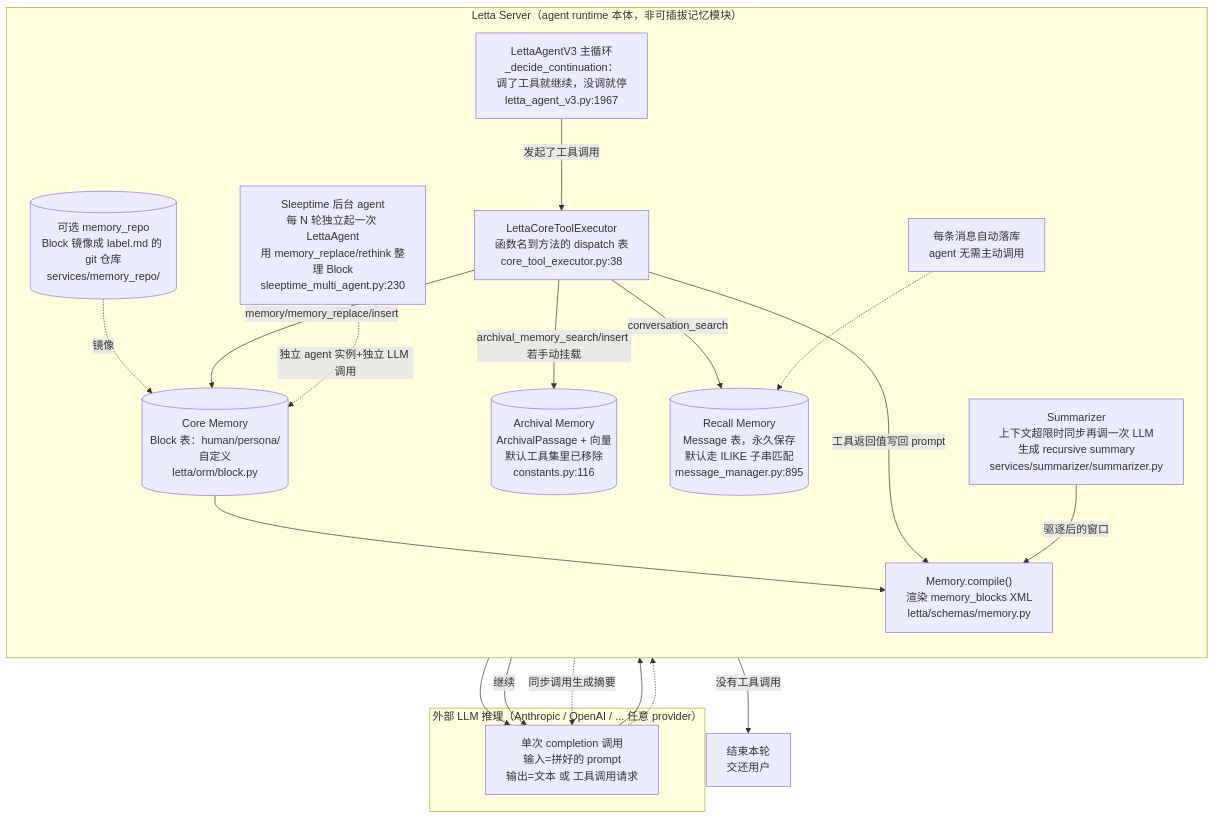
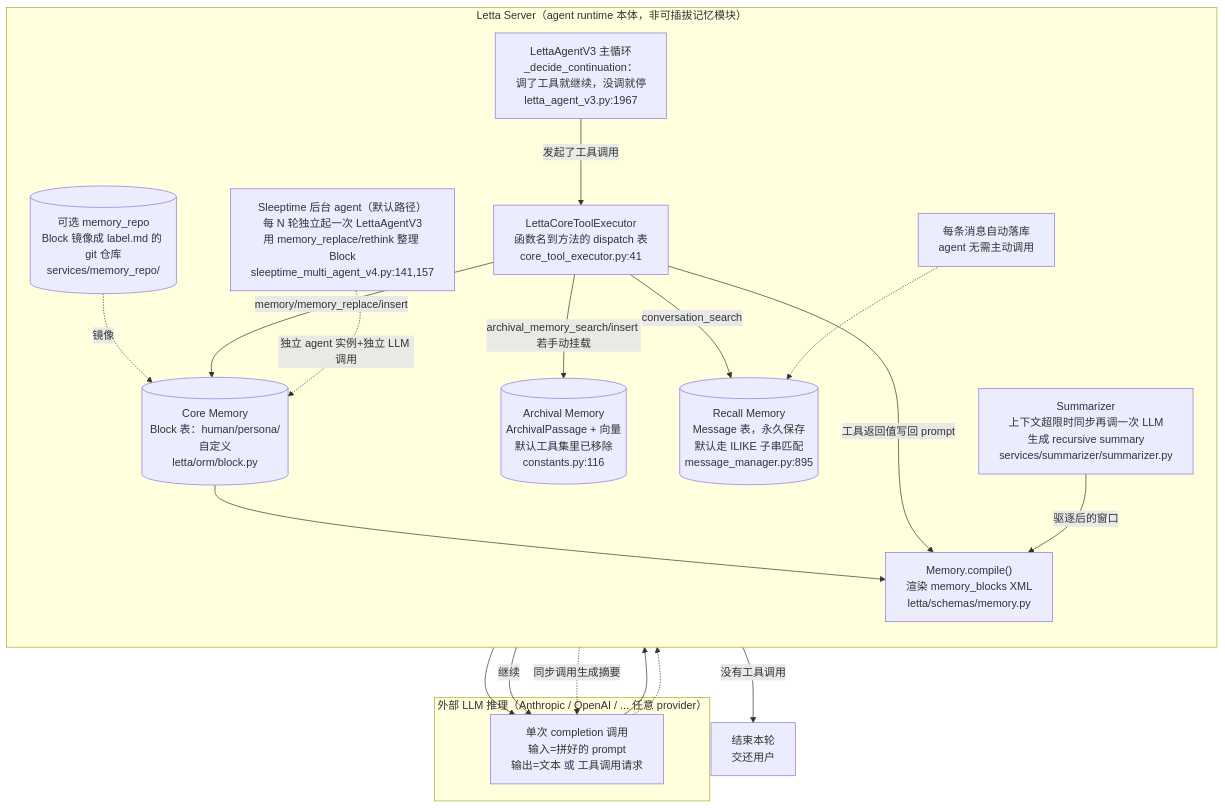
Before and after one commit to wafo210715/memory-bench: the diagram in servers/letta/code-architecture.md, drawn with Mermaid. The commit also changed other lines of this file and 25 other files, not shown here.

````diff
--- a/servers/letta/code-architecture.md
+++ b/servers/letta/code-architecture.md
@@ -180,36 +220,36 @@
 ```mermaid
 flowchart TB
     subgraph Backbone["外部 LLM 推理（Anthropic / OpenAI / ... 任意 provider）"]
         LLMCall["单次 completion 调用<br/>输入=拼好的 prompt<br/>输出=文本 或 工具调用请求"]
     end
 
     subgraph Letta["Letta Server（agent runtime 本体，非可插拔记忆模块）"]
         direction TB
         Compile["Memory.compile()<br/>渲染 memory_blocks XML<br/>letta/schemas/memory.py"]
         Loop["LettaAgentV3 主循环<br/>_decide_continuation：<br/>调了工具就继续，没调就停<br/>letta_agent_v3.py:1967"]
-        Exec["LettaCoreToolExecutor<br/>函数名到方法的 dispatch 表<br/>core_tool_executor.py:38"]
+        Exec["LettaCoreToolExecutor<br/>函数名到方法的 dispatch 表<br/>core_tool_executor.py:41"]
         Blocks[("Core Memory<br/>Block 表：human/persona/自定义<br/>letta/orm/block.py")]
         MemRepo[("可选 memory_repo<br/>Block 镜像成 label.md 的 git 仓库<br/>services/memory_repo/")]
         Passages[("Archival Memory<br/>ArchivalPassage + 向量<br/>默认工具集里已移除<br/>constants.py:116")]
         Messages[("Recall Memory<br/>Message 表，永久保存<br/>默认走 ILIKE 子串匹配<br/>message_manager.py:895")]
         Summarizer["Summarizer<br/>上下文超限时同步再调一次 LLM<br/>生成 recursive summary<br/>services/summarizer/summarizer.py"]
-        Sleeptime["Sleeptime 后台 agent<br/>每 N 轮独立起一次 LettaAgent<br/>用 memory_replace/rethink 整理 Block<br/>sleeptime_multi_agent.py:230"]
+        Sleeptime["Sleeptime 后台 agent（默认路径）<br/>每 N 轮独立起一次 LettaAgentV3<br/>用 memory_replace/rethink 整理 Block<br/>sleeptime_multi_agent_v4.py:141,157"]
         AutoPersist["每条消息自动落库<br/>agent 无需主动调用"]
     end
 
     Blocks --> Compile
     MemRepo -.镜像.-> Blocks
     Compile --> LLMCall
     LLMCall --> Loop
     Loop -->|发起了工具调用| Exec
     Loop -->|没有工具调用| Stop["结束本轮<br/>交还用户"]
     Exec -->|memory/memory_replace/insert| Blocks
     Exec -->|archival_memory_search/insert 若手动挂载| Passages
     Exec -->|conversation_search| Messages
     Exec -->|工具返回值写回 prompt| Compile
     Loop -->|继续| LLMCall
     LLMCall -.-> AutoPersist -.-> Messages
     Summarizer -->|驱逐后的窗口| Compile
     Summarizer -.同步调用生成摘要.-> LLMCall
     Sleeptime -.独立 agent 实例+独立 LLM 调用.-> Blocks
 ```
````
